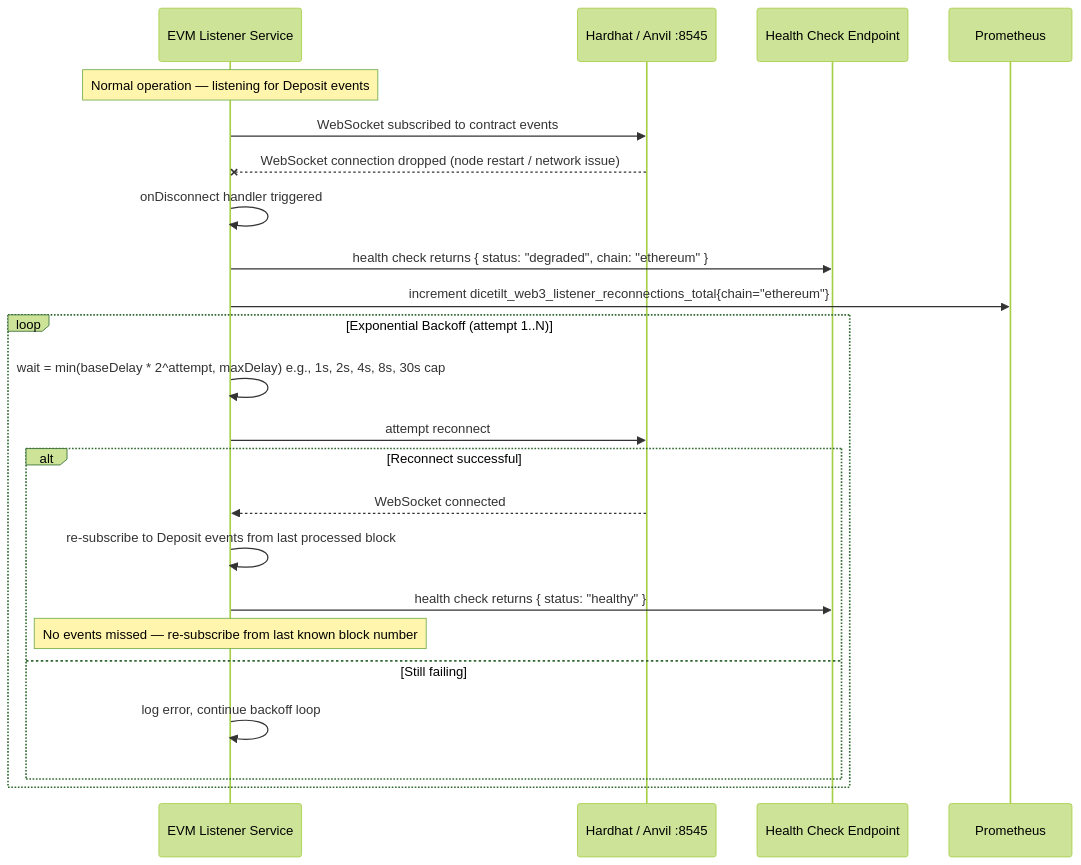
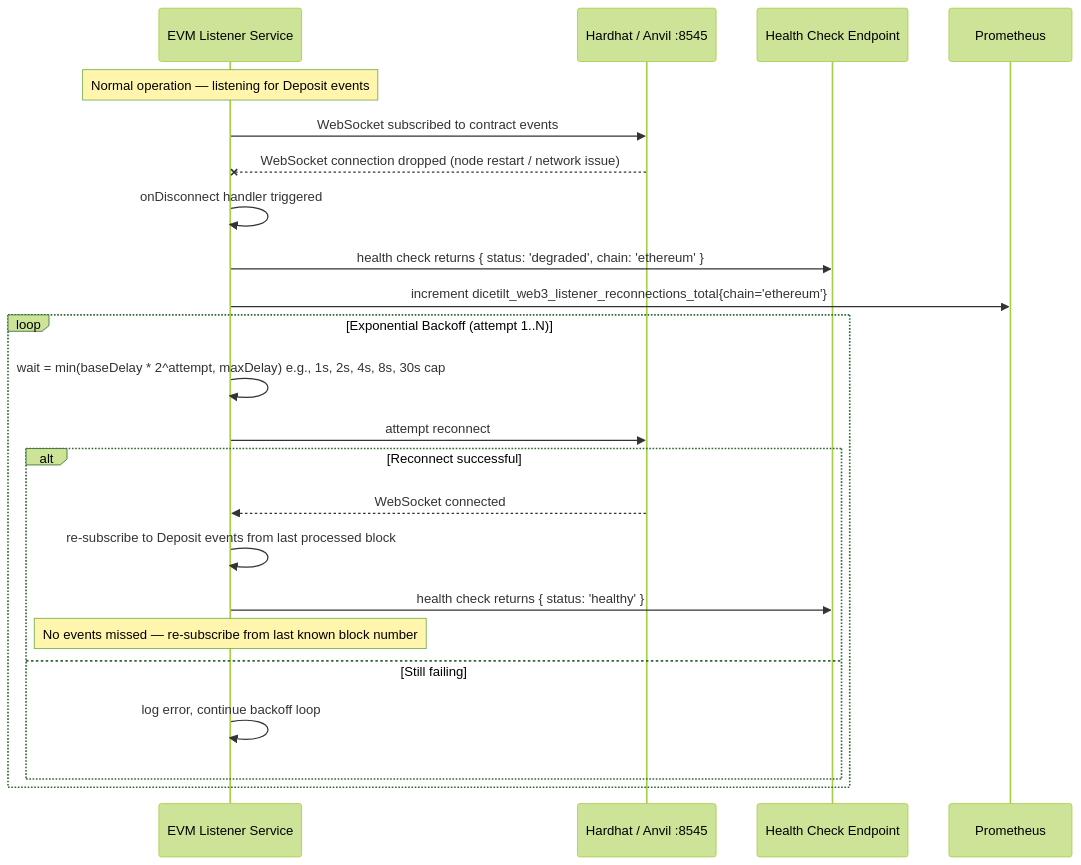
The eighth of 9 diagrams in documentation/blockchain-flows.md (Fennzo/DiceTilt), drawn with Mermaid (forest theme) before and after one commit. The commit also changed other lines of this file and 16 other files, not shown here.

````diff
--- a/documentation/blockchain-flows.md
+++ b/documentation/blockchain-flows.md
@@ -339,28 +342,28 @@
 ```mermaid
 sequenceDiagram
     participant EL as EVM Listener Service
     participant Anvil as Hardhat / Anvil :8545
     participant Health as Health Check Endpoint
     participant Prom as Prometheus
 
     Note over EL: Normal operation — listening for Deposit events
     EL->>Anvil: WebSocket subscribed to contract events
 
     Anvil--xEL: WebSocket connection dropped (node restart / network issue)
     EL->>EL: onDisconnect handler triggered
-    EL->>Health: health check returns { status: "degraded", chain: "ethereum" }
-    EL->>Prom: increment dicetilt_web3_listener_reconnections_total{chain="ethereum"}
+    EL->>Health: health check returns { status: 'degraded', chain: 'ethereum' }
+    EL->>Prom: increment dicetilt_web3_listener_reconnections_total{chain='ethereum'}
 
     loop Exponential Backoff (attempt 1..N)
         EL->>EL: wait = min(baseDelay * 2^attempt, maxDelay)  e.g., 1s, 2s, 4s, 8s, 30s cap
         EL->>Anvil: attempt reconnect
         alt Reconnect successful
             Anvil-->>EL: WebSocket connected
             EL->>EL: re-subscribe to Deposit events from last processed block
-            EL->>Health: health check returns { status: "healthy" }
+            EL->>Health: health check returns { status: 'healthy' }
             Note over EL: No events missed — re-subscribe from last known block number
         else Still failing
             EL->>EL: log error, continue backoff loop
         end
     end
 ```
````
